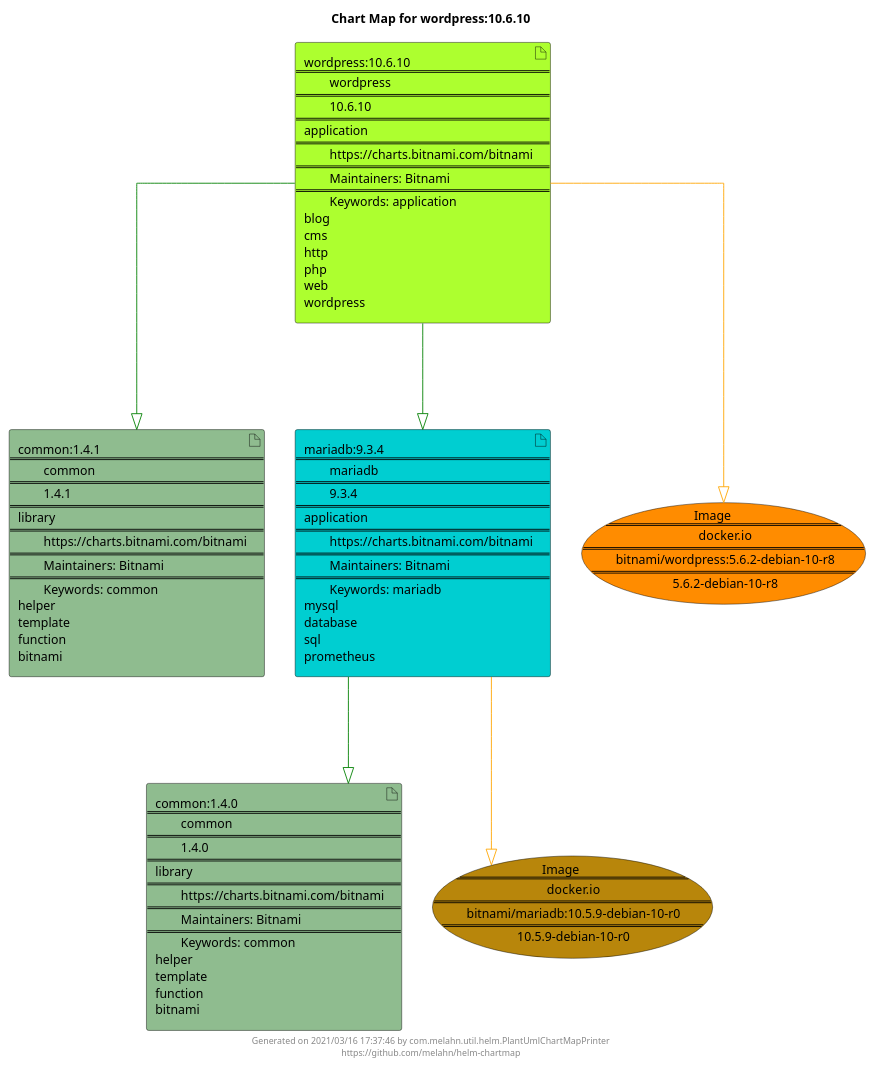
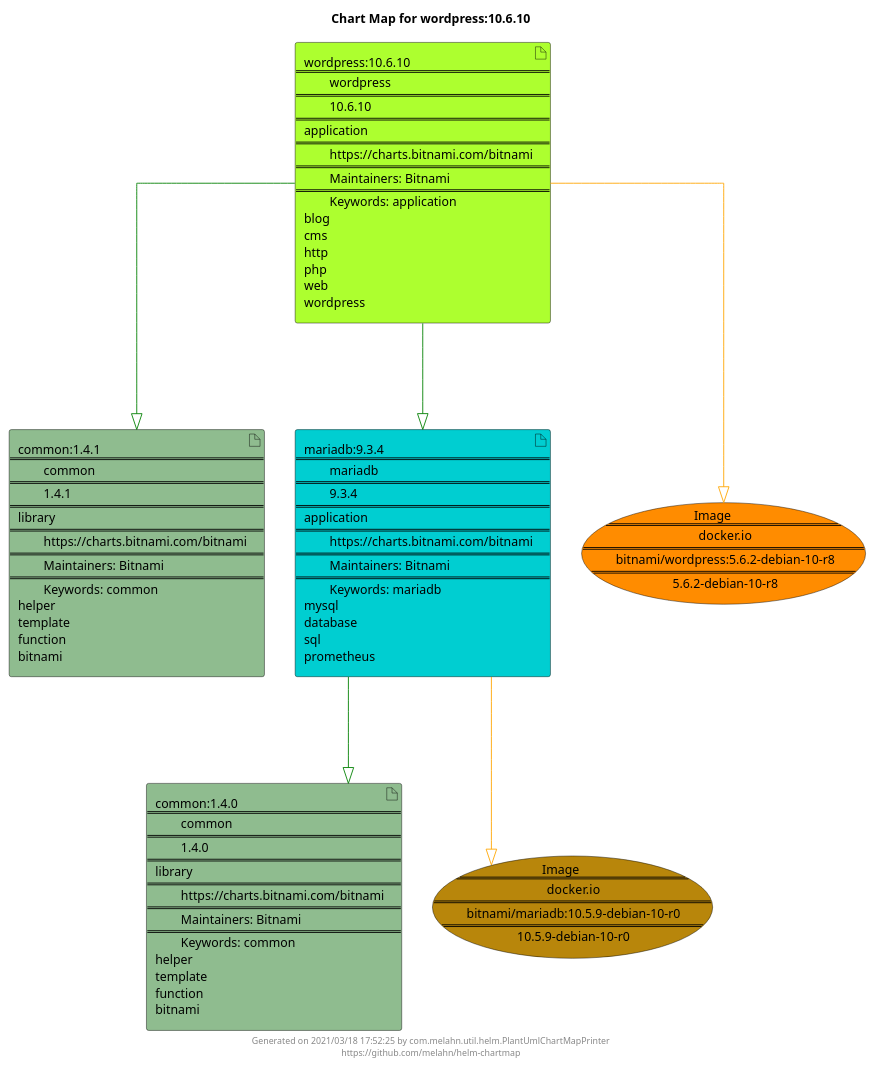
Before and after one commit to melahn/helm-chartmap: the diagram in docs/wordpress/wordpress-10.6.10.puml, drawn with PlantUML. The commit also changed 28 other files, not shown here.

```diff
--- a/docs/wordpress/wordpress-10.6.10.puml
+++ b/docs/wordpress/wordpress-10.6.10.puml
@@ -1,29 +1,29 @@
 @startuml
 skinparam linetype ortho
 skinparam backgroundColor white
 skinparam usecaseBorderColor black
 skinparam usecaseArrowColor LightSlateGray
 skinparam artifactBorderColor black
 skinparam artifactArrowColor LightSlateGray
 
 title Chart Map for wordpress:10.6.10
 
 'There are 4 referenced Helm Charts
 artifact "common:1.4.1\n====\n\tcommon\n====\n\t1.4.1\n====\nlibrary\n====\n\thttps://charts.bitnami.com/bitnami\n====\n\tMaintainers: Bitnami\n====\n\tKeywords: common\nhelper\ntemplate\nfunction\nbitnami" as common_1_4_1 #DarkSeaGreen
 artifact "mariadb:9.3.4\n====\n\tmariadb\n====\n\t9.3.4\n====\napplication\n====\n\thttps://charts.bitnami.com/bitnami\n====\n\tMaintainers: Bitnami\n====\n\tKeywords: mariadb\nmysql\ndatabase\nsql\nprometheus" as mariadb_9_3_4 #DarkTurquoise
 artifact "common:1.4.0\n====\n\tcommon\n====\n\t1.4.0\n====\nlibrary\n====\n\thttps://charts.bitnami.com/bitnami\n====\n\tMaintainers: Bitnami\n====\n\tKeywords: common\nhelper\ntemplate\nfunction\nbitnami" as common_1_4_0 #DarkSeaGreen
 artifact "wordpress:10.6.10\n====\n\twordpress\n====\n\t10.6.10\n====\napplication\n====\n\thttps://charts.bitnami.com/bitnami\n====\n\tMaintainers: Bitnami\n====\n\tKeywords: application\nblog\ncms\nhttp\nphp\nweb\nwordpress" as wordpress_10_6_10 #GreenYellow
 
 'There are 2 referenced Docker Images
 usecase "Image\n====\n\tdocker.io\n====\n\tbitnami/wordpress:5.6.2-debian-10-r8\n====\n\t5.6.2-debian-10-r8" as docker_io_bitnami_wordpress_5_6_2_debian_10_r8 #Darkorange
 usecase "Image\n====\n\tdocker.io\n====\n\tbitnami/mariadb:10.5.9-debian-10-r0\n====\n\t10.5.9-debian-10-r0" as docker_io_bitnami_mariadb_10_5_9_debian_10_r0 #DarkGoldenRod
 
 'Chart Dependencies
 wordpress_10_6_10--[#green]-|>common_1_4_1
 wordpress_10_6_10--[#green]-|>mariadb_9_3_4
 mariadb_9_3_4--[#green]-|>common_1_4_0
 mariadb_9_3_4--[#orange]-|>docker_io_bitnami_mariadb_10_5_9_debian_10_r0
 wordpress_10_6_10--[#orange]-|>docker_io_bitnami_wordpress_5_6_2_debian_10_r8
 
-center footer Generated on 2021/03/16 17:37:46 by com.melahn.util.helm.PlantUmlChartMapPrinter\nhttps://github.com/melahn/helm-chartmap
+center footer Generated on 2021/03/18 17:52:25 by com.melahn.util.helm.PlantUmlChartMapPrinter\nhttps://github.com/melahn/helm-chartmap
 @enduml
```
